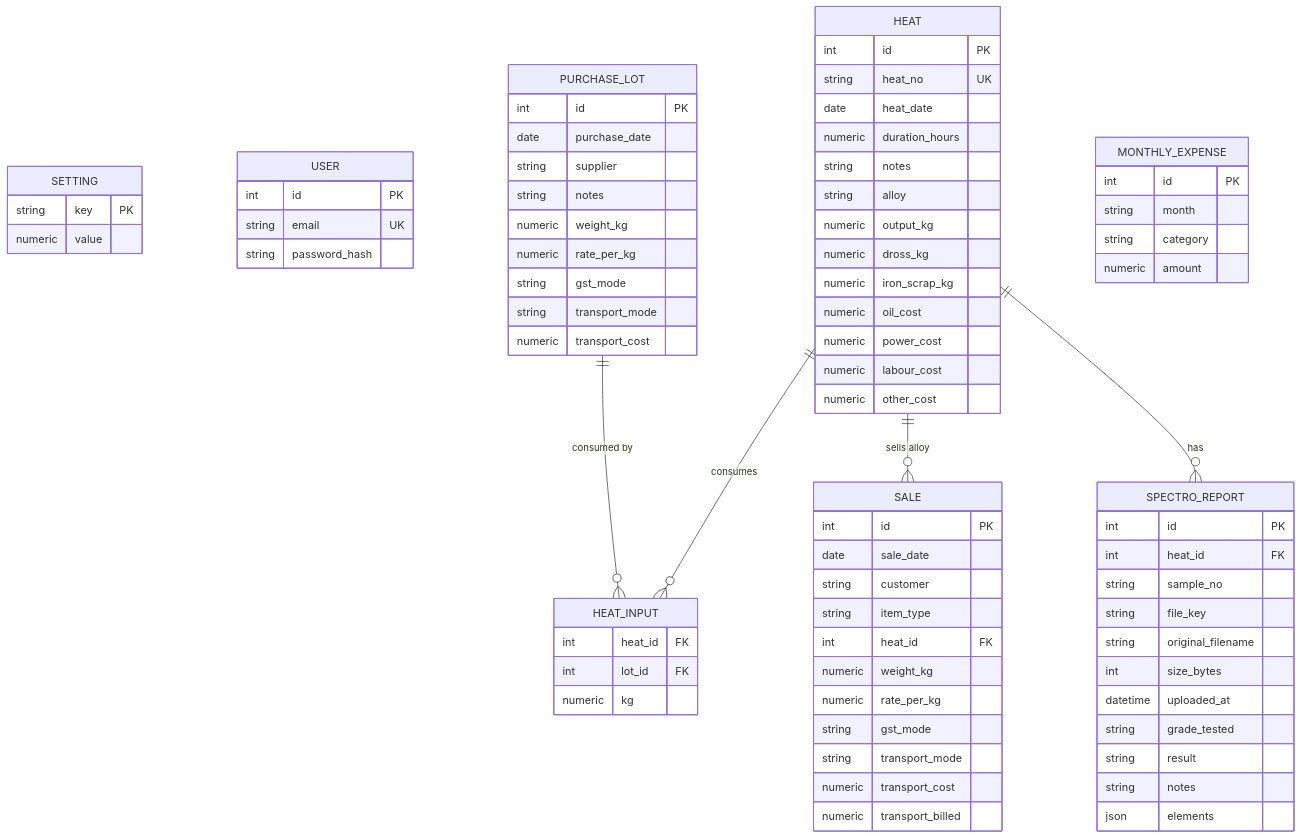
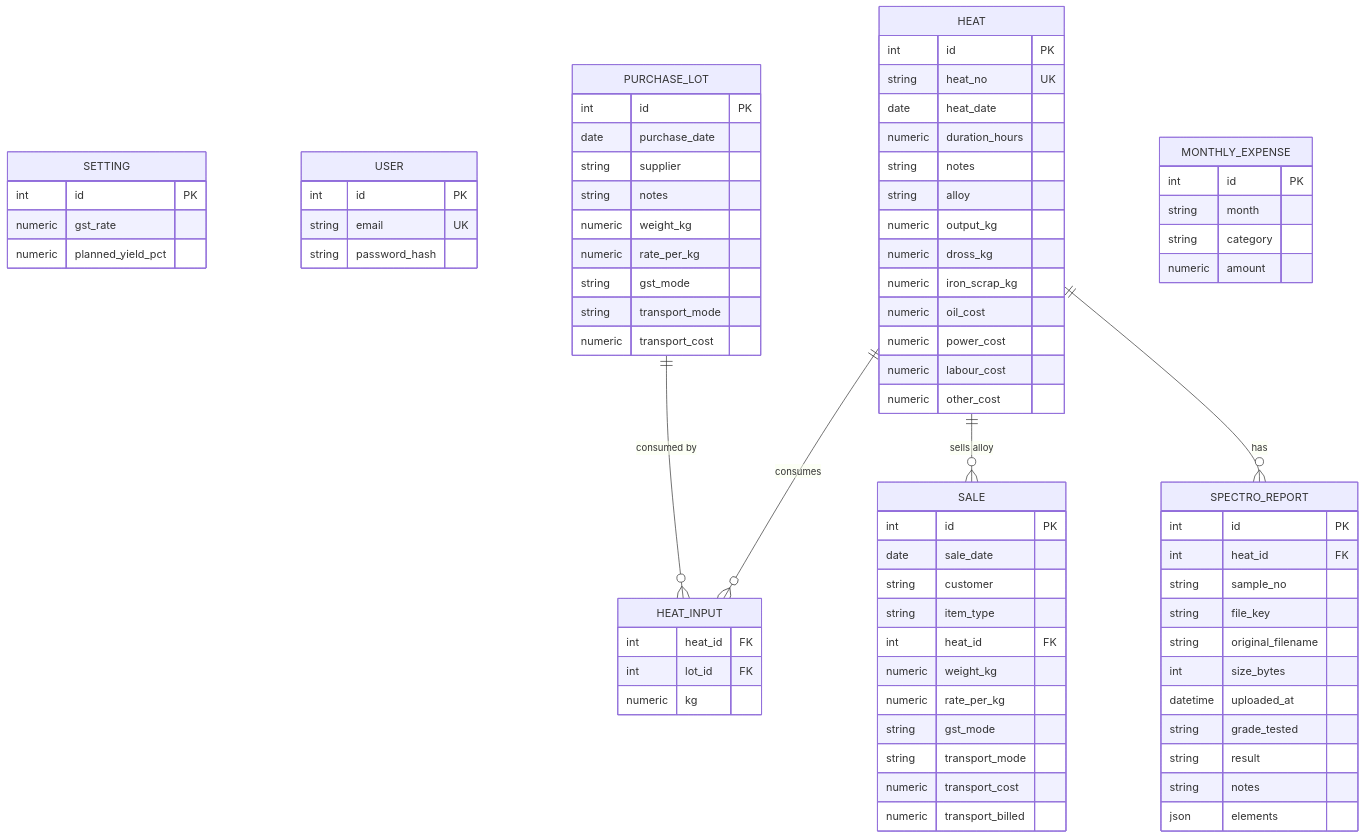
One commit to KushagraPan/Metal-Ops changed the second of 3 diagrams in _docs/architecture.md. Above: the diagram before and after it, drawn with Mermaid. The commit also changed 12 other files, not shown here.

````diff
--- a/_docs/architecture.md
+++ b/_docs/architecture.md
@@ -49,80 +49,81 @@
 ```mermaid
 erDiagram
     SETTING {
-        string key PK
-        numeric value
+        int id PK
+        numeric gst_rate
+        numeric planned_yield_pct
     }
     USER {
         int id PK
         string email UK
         string password_hash
     }
     PURCHASE_LOT {
         int id PK
         date purchase_date
         string supplier
         string notes
         numeric weight_kg
         numeric rate_per_kg
         string gst_mode
         string transport_mode
         numeric transport_cost
     }
     HEAT {
         int id PK
         string heat_no UK
         date heat_date
         numeric duration_hours
         string notes
         string alloy
         numeric output_kg
         numeric dross_kg
         numeric iron_scrap_kg
         numeric oil_cost
         numeric power_cost
         numeric labour_cost
         numeric other_cost
     }
     HEAT_INPUT {
         int heat_id FK
         int lot_id FK
         numeric kg
     }
     SALE {
         int id PK
         date sale_date
         string customer
         string item_type
         int heat_id FK
         numeric weight_kg
         numeric rate_per_kg
         string gst_mode
         string transport_mode
         numeric transport_cost
         numeric transport_billed
     }
     SPECTRO_REPORT {
         int id PK
         int heat_id FK
         string sample_no
         string file_key
         string original_filename
         int size_bytes
         datetime uploaded_at
         string grade_tested
         string result
         string notes
         json elements
     }
     MONTHLY_EXPENSE {
         int id PK
         string month
         string category
         numeric amount
     }
 
     PURCHASE_LOT ||--o{ HEAT_INPUT : "consumed by"
     HEAT ||--o{ HEAT_INPUT : "consumes"
     HEAT ||--o{ SALE : "sells alloy"
     HEAT ||--o{ SPECTRO_REPORT : "has"
 ```
````
